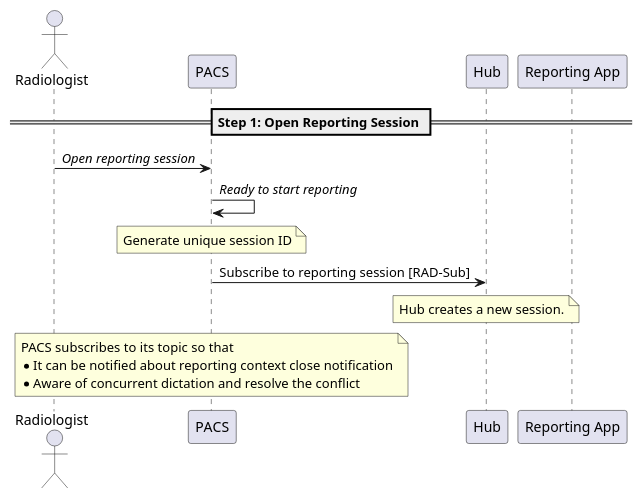
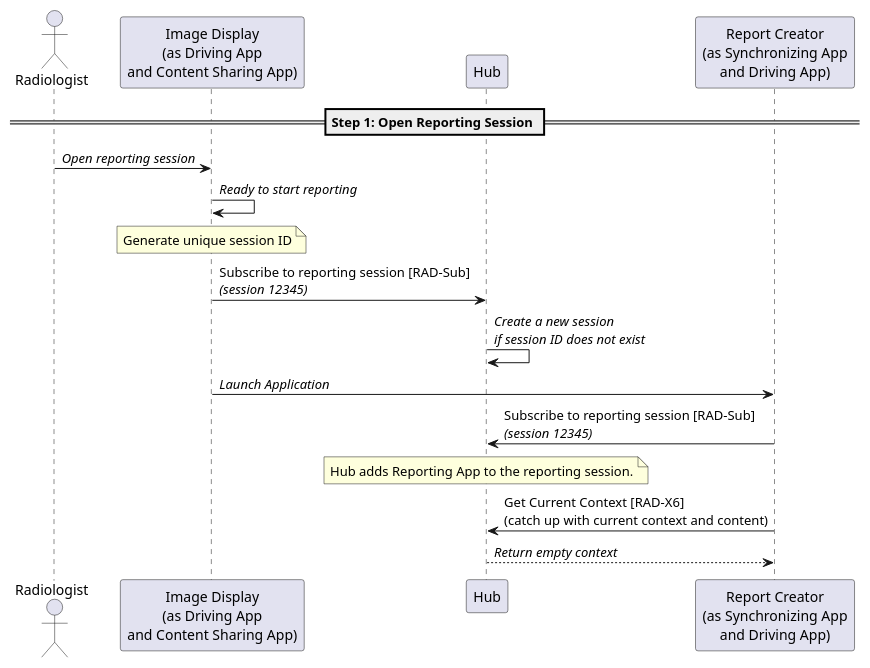
One commit to IHE/RAD.IRA changed the diagram in input/images-source/step1-open-reporting-session.plantuml. Above: the diagram before and after it, drawn with PlantUML. The commit also changed 9 other files, not shown here.

Commit message:
Updated actor to be Image Display and Report Creator. Also indicates what type of application they are grouped to.

```diff
--- a/input/images-source/step1-open-reporting-session.plantuml
+++ b/input/images-source/step1-open-reporting-session.plantuml
@@ -1,27 +1,29 @@
 @startuml
 
 actor Radiologist as User
-participant "PACS" as PACS
+participant "Image Display\n(as Driving App\nand Content Sharing App)" as PACS
 participant "Hub" as Hub
-participant "Reporting App" as Report
+participant "Report Creator\n(as Synchronizing App\nand Driving App)" as Report
 
 == Step 1: Open Reporting Session ==
 
 User->PACS: //Open reporting session//
 PACS->PACS: //Ready to start reporting//
 note over PACS
 Generate unique session ID
 end note
 
-PACS->Hub: Subscribe to reporting session [RAD-Sub]
+PACS->Hub: Subscribe to reporting session [RAD-Sub]\n//(session 12345)//
+Hub->Hub: //Create a new session//\n//if session ID does not exist//
+
+PACS->Report: //Launch Application//
+
+Report->Hub: Subscribe to reporting session [RAD-Sub]\n//(session 12345)//
 note over Hub
-Hub creates a new session.
+Hub adds Reporting App to the reporting session.
 end note
 
-note over PACS
-PACS subscribes to its topic so that
-* It can be notified about reporting context close notification
-* Aware of concurrent dictation and resolve the conflict
-end note
+Report->Hub: Get Current Context [RAD-X6]\n(catch up with current context and content)
+Hub-->Report: //Return empty context//
 
 @enduml
```
